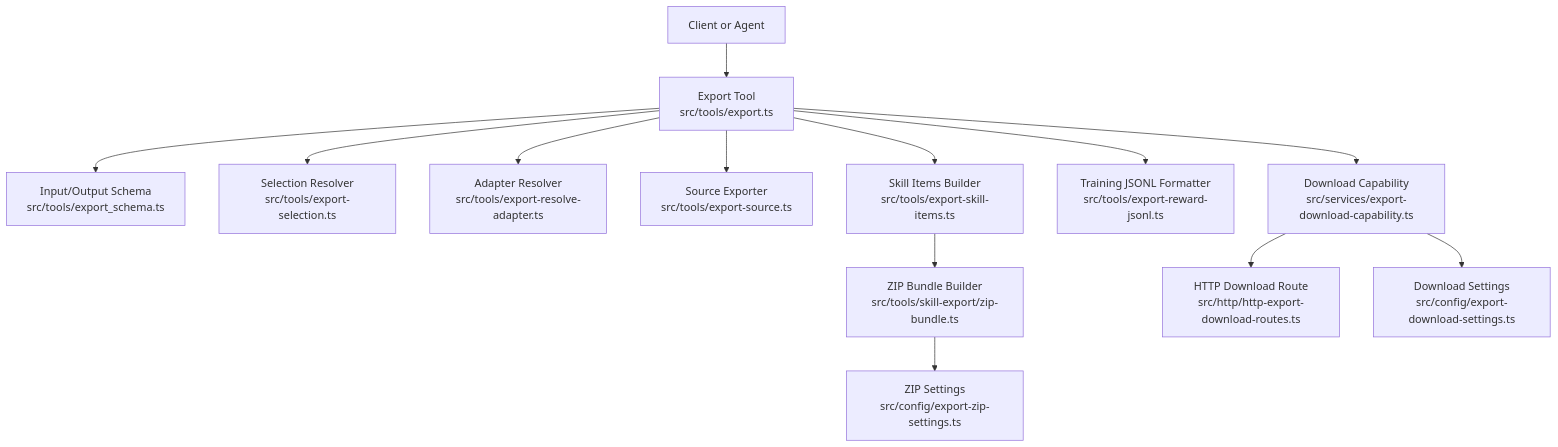
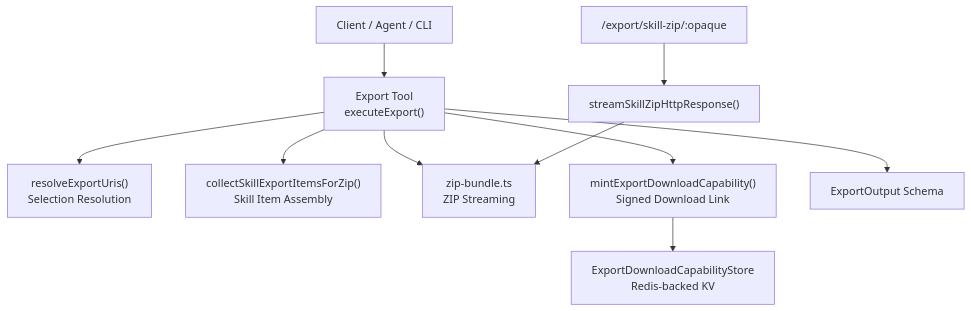
Before and after one commit to SquadRules/mcp: the first of 4 diagrams in .qoder/repowiki/en/content/MCP Tools Reference/Export Tool.md, drawn with Mermaid. The commit also changed other lines of this file and 553 other files, not shown here.

````diff
--- a/.qoder/repowiki/en/content/MCP Tools Reference/Export Tool.md
+++ b/.qoder/repowiki/en/content/MCP Tools Reference/Export Tool.md
@@ -55,15 +46,12 @@
 ```mermaid
 graph TB
-Client["Client or Agent"] --> ExportTool["Export Tool<br/>src/tools/export.ts"]
-ExportTool --> Schema["Input/Output Schema<br/>src/tools/export_schema.ts"]
-ExportTool --> Selection["Selection Resolver<br/>src/tools/export-selection.ts"]
-ExportTool --> AdapterResolver["Adapter Resolver<br/>src/tools/export-resolve-adapter.ts"]
-ExportTool --> SourceExporter["Source Exporter<br/>src/tools/export-source.ts"]
-ExportTool --> SkillItems["Skill Items Builder<br/>src/tools/export-skill-items.ts"]
-SkillItems --> ZipBundle["ZIP Bundle Builder<br/>src/tools/skill-export/zip-bundle.ts"]
-ExportTool --> JsonlFormatter["Training JSONL Formatter<br/>src/tools/export-reward-jsonl.ts"]
-ExportTool --> DownloadCap["Download Capability<br/>src/services/export-download-capability.ts"]
-DownloadCap --> HttpRoute["HTTP Download Route<br/>src/http/http-export-download-routes.ts"]
-DownloadCap --> DownloadSettings["Download Settings<br/>src/config/export-download-settings.ts"]
-ZipBundle --> ZipSettings["ZIP Settings<br/>src/config/export-zip-settings.ts"]
+Client["Client / Agent / CLI"] --> Tool["Export Tool<br/>executeExport()"]
+Tool --> Selection["resolveExportUris()<br/>Selection Resolution"]
+Tool --> SkillItems["collectSkillExportItemsForZip()<br/>Skill Item Assembly"]
+Tool --> ZipBundle["zip-bundle.ts<br/>ZIP Streaming"]
+Tool --> DownloadCap["mintExportDownloadCapability()<br/>Signed Download Link"]
+DownloadCap --> Store["ExportDownloadCapabilityStore<br/>Redis-backed KV"]
+Tool --> Output["ExportOutput Schema"]
+HttpRoute["/export/skill-zip/:opaque"] --> StreamZip["streamSkillZipHttpResponse()"]
+StreamZip --> ZipBundle
 ```
````
